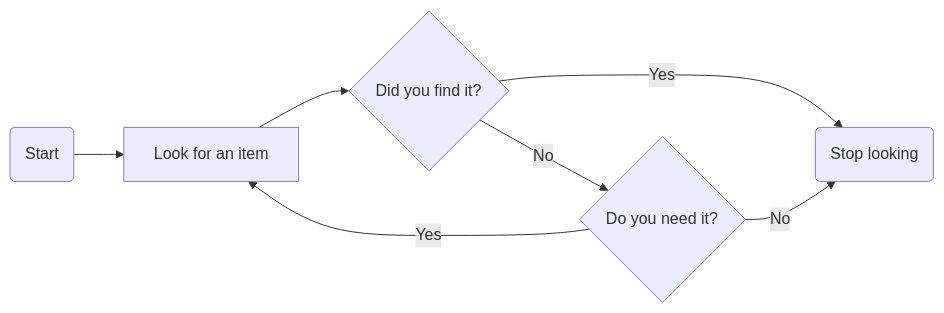
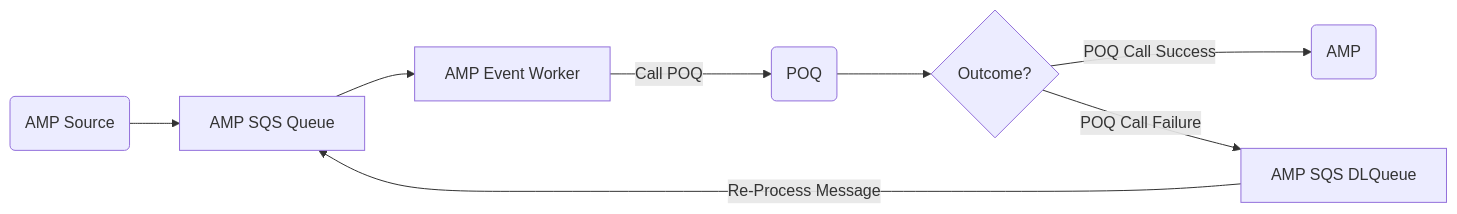
One commit to travellingcoderr/travellingcoderr changed the first of 2 diagrams in README.md. Above: the diagram before and after it, drawn with Mermaid. The commit also changed other lines of this file, not shown here.

````diff
--- a/README.md
+++ b/README.md
@@ -1,13 +2,12 @@
 ```mermaid
 graph LR
 
-A(Start)
-
-A --> B[Look for an item]
-
-B --> C{Did you find it?}
-C -->|Yes| D(Stop looking)
-C -->|No| E{Do you need it?}
-E -->|Yes| B
-E -->|No| D
+A(AMP Source)
+A --> B[AMP SQS Queue]
+B --> C[AMP Event Worker]
+C -->|Call POQ| D(POQ)
+D -->E{Outcome?}
+E -->|POQ Call Success| F(AMP)
+E -->|POQ Call Failure| G[AMP SQS DLQueue]
+G -->|Re-Process Message| B[AMP SQS Queue]
 ```
````
